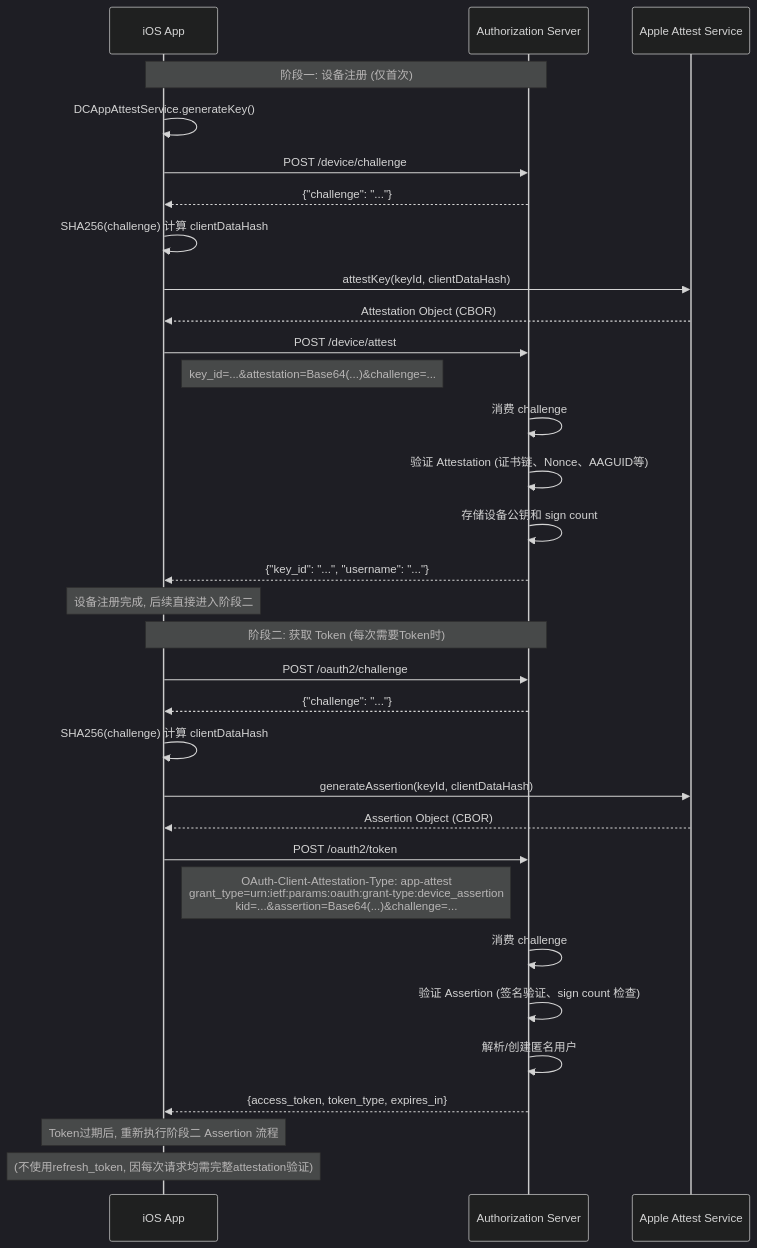
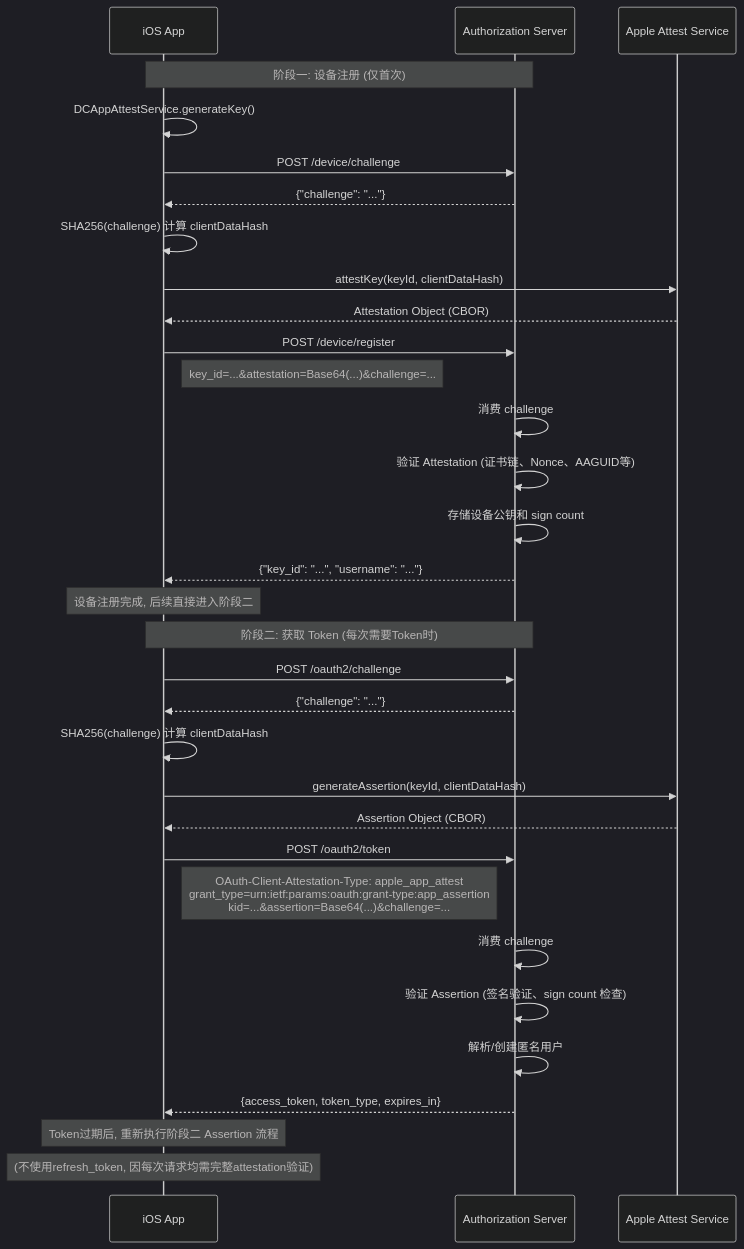
One commit to euler-projects/euler-framework changed the diagram in docs/apis/zh-cn/APIs-#-Apple-App-Attest.md. Above: the diagram before and after it, drawn with Mermaid (dark theme). The commit also changed other lines of this file and 33 other files, not shown here.

````diff
--- a/docs/apis/zh-cn/APIs-#-Apple-App-Attest.md
+++ b/docs/apis/zh-cn/APIs-#-Apple-App-Attest.md
@@ -140,42 +140,42 @@
 ```mermaid
 sequenceDiagram
     participant App as iOS App
     participant Server as Authorization Server
     participant Apple as Apple Attest Service
 
     Note over App,Server: 阶段一: 设备注册 (仅首次)
     App->>App: DCAppAttestService.generateKey()
     App->>Server: POST /device/challenge
     Server-->>App: {"challenge": "..."}
 
     App->>App: SHA256(challenge) 计算 clientDataHash
     App->>Apple: attestKey(keyId, clientDataHash)
     Apple-->>App: Attestation Object (CBOR)
 
-    App->>Server: POST /device/attest
+    App->>Server: POST /device/register
     Note right of App: key_id=...&attestation=Base64(...)&challenge=...
     Server->>Server: 消费 challenge
     Server->>Server: 验证 Attestation (证书链、Nonce、AAGUID等)
     Server->>Server: 存储设备公钥和 sign count
     Server-->>App: {"key_id": "...", "username": "..."}
 
     Note over App: 设备注册完成, 后续直接进入阶段二
 
     Note over App,Server: 阶段二: 获取 Token (每次需要Token时)
     App->>Server: POST /oauth2/challenge
     Server-->>App: {"challenge": "..."}
 
     App->>App: SHA256(challenge) 计算 clientDataHash
     App->>Apple: generateAssertion(keyId, clientDataHash)
     Apple-->>App: Assertion Object (CBOR)
 
     App->>Server: POST /oauth2/token
-    Note right of App: OAuth-Client-Attestation-Type: app-attest<br/>grant_type=urn:ietf:params:oauth:grant-type:device_assertion<br/>kid=...&assertion=Base64(...)&challenge=...
+    Note right of App: OAuth-Client-Attestation-Type: apple_app_attest<br/>grant_type=urn:ietf:params:oauth:grant-type:app_assertion<br/>kid=...&assertion=Base64(...)&challenge=...
     Server->>Server: 消费 challenge
     Server->>Server: 验证 Assertion (签名验证、sign count 检查)
     Server->>Server: 解析/创建匿名用户
     Server-->>App: {access_token, token_type, expires_in}
 
     Note over App: Token过期后, 重新执行阶段二 Assertion 流程
     Note over App: (不使用refresh_token, 因每次请求均需完整attestation验证)
 ```
````
